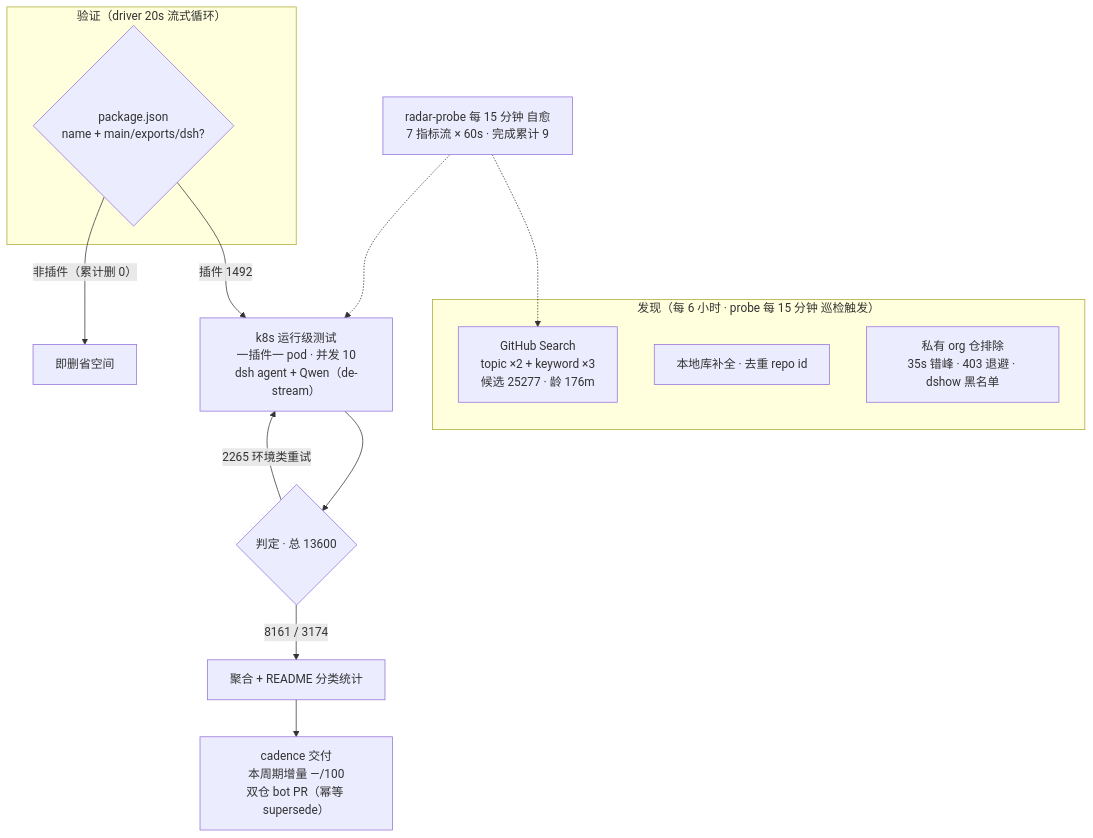
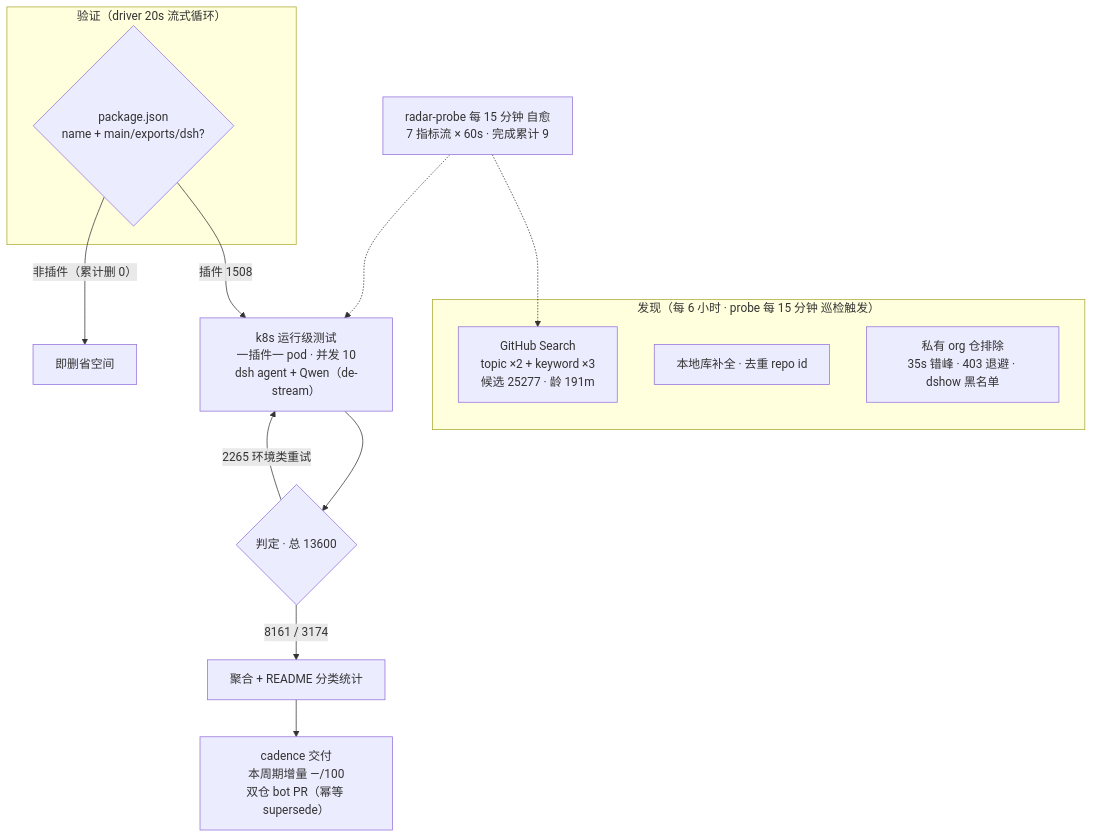
One commit to Zhidao-Lab-OSS/awesome-dsh-plugins changed the diagram in README.md. Above: the diagram before and after it, drawn with Mermaid. The commit also changed other lines of this file and 1 other file, not shown here.

````diff
--- a/README.md
+++ b/README.md
@@ -99,20 +99,20 @@
 ```mermaid
 flowchart TB
     subgraph Discovery["发现（每 6 小时 · probe 每 15 分钟 巡检触发）"]
-        A1["GitHub Search<br/>topic ×2 + keyword ×3<br/>候选 25277 · 龄 176m"]
+        A1["GitHub Search<br/>topic ×2 + keyword ×3<br/>候选 25277 · 龄 191m"]
         A2["本地库补全 · 去重 repo id"]
         A3["私有 org 仓排除<br/>35s 错峰 · 403 退避 · dshow 黑名单"]
     end
     subgraph Validation["验证（driver 20s 流式循环）"]
         B1{"package.json<br/>name + main/exports/dsh?"}
     end
-    B1 -->|"插件 1492"| C1["k8s 运行级测试<br/>一插件一 pod · 并发 10<br/>dsh agent + Qwen（de-stream）"]
+    B1 -->|"插件 1508"| C1["k8s 运行级测试<br/>一插件一 pod · 并发 10<br/>dsh agent + Qwen（de-stream）"]
     B1 -->|"非插件（累计删 0）"| B3["即删省空间"]
     C1 --> D1{"判定 · 总 13600"}
     D1 -->|"8161 / 3174"| E1["聚合 + README 分类统计"]
     D1 -->|"2265 环境类重试"| C1
     E1 --> E2["cadence 交付<br/>本周期增量 —/100<br/>双仓 bot PR（幂等 supersede）"]
     M["radar-probe 每 15 分钟 自愈<br/>7 指标流 × 60s · 完成累计 9"]
     M -.-> A1
     M -.-> C1
 ```
````
